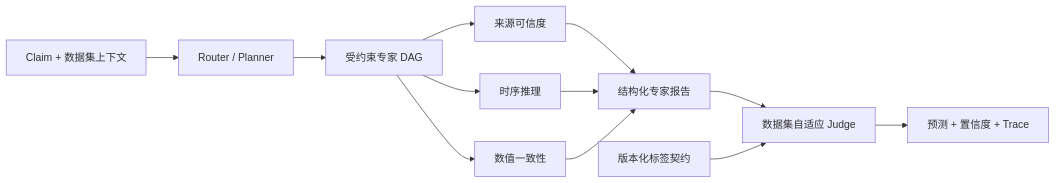
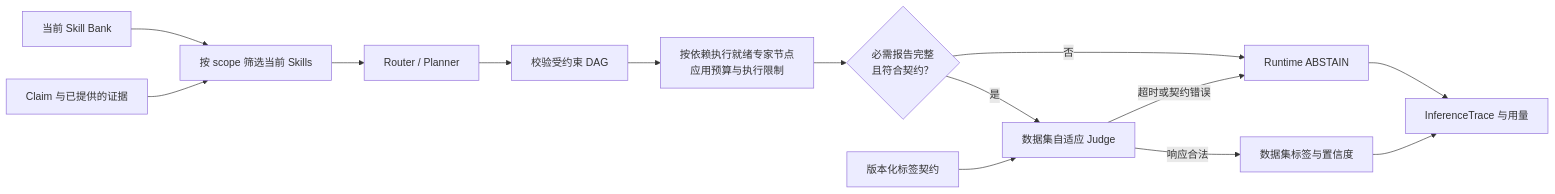
The first of 4 diagrams in README.zh-CN.md (FengyuanYin/EvoFactSkill), drawn with Mermaid before and after one commit. The commit also changed other lines of this file and 1 other file, not shown here.

Commit message:
docs: refresh bilingual inference and evolution workflow diagrams

````diff
--- a/README.zh-CN.md
+++ b/README.zh-CN.md
@@ -33,14 +33,16 @@
 ```mermaid
 flowchart LR
-    A[Claim + 数据集上下文] --> B[Router / Planner]
-    B --> C[受约束专家 DAG]
-    C --> D1[来源可信度]
-    C --> D2[时序推理]
-    C --> D3[数值一致性]
-    D1 --> E[结构化专家报告]
-    D2 --> E
-    D3 --> E
-    E --> F[数据集自适应 Judge]
-    G[版本化标签契约] --> F
-    F --> H[预测 + 置信度 + Trace]
+    A["Claim 与已提供的证据"] --> B["按 scope 筛选当前 Skills"]
+    S["当前 Skill Bank"] --> B
+    B --> C["Router / Planner"]
+    C --> D["校验受约束 DAG"]
+    D --> E["按依赖执行就绪专家节点<br/>应用预算与执行限制"]
+    E --> F{"必需报告完整<br/>且符合契约？"}
+    F -->|是| G["数据集自适应 Judge"]
+    L["版本化标签契约"] --> G
+    G -->|响应合法| H["数据集标签与置信度"]
+    F -->|否| R["Runtime ABSTAIN"]
+    G -->|超时或契约错误| R
+    H --> T["InferenceTrace 与用量"]
+    R --> T
 ```
````
